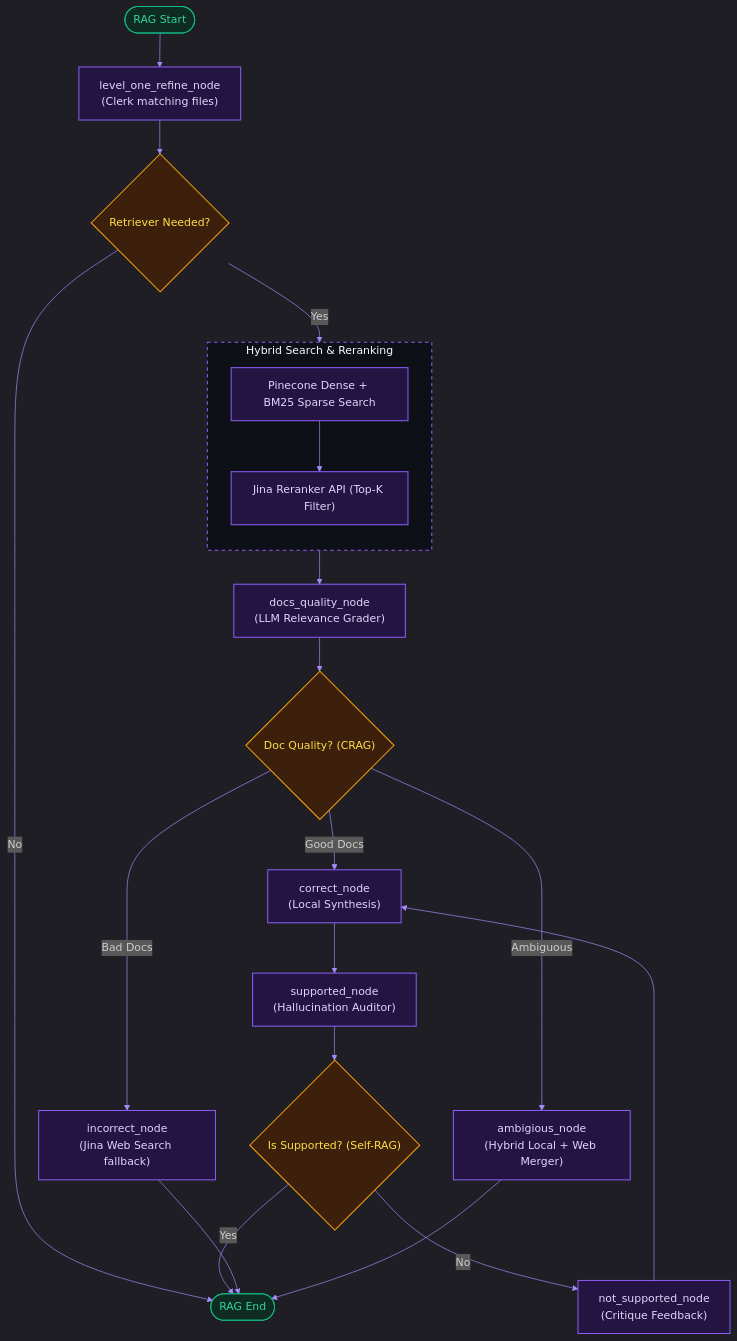
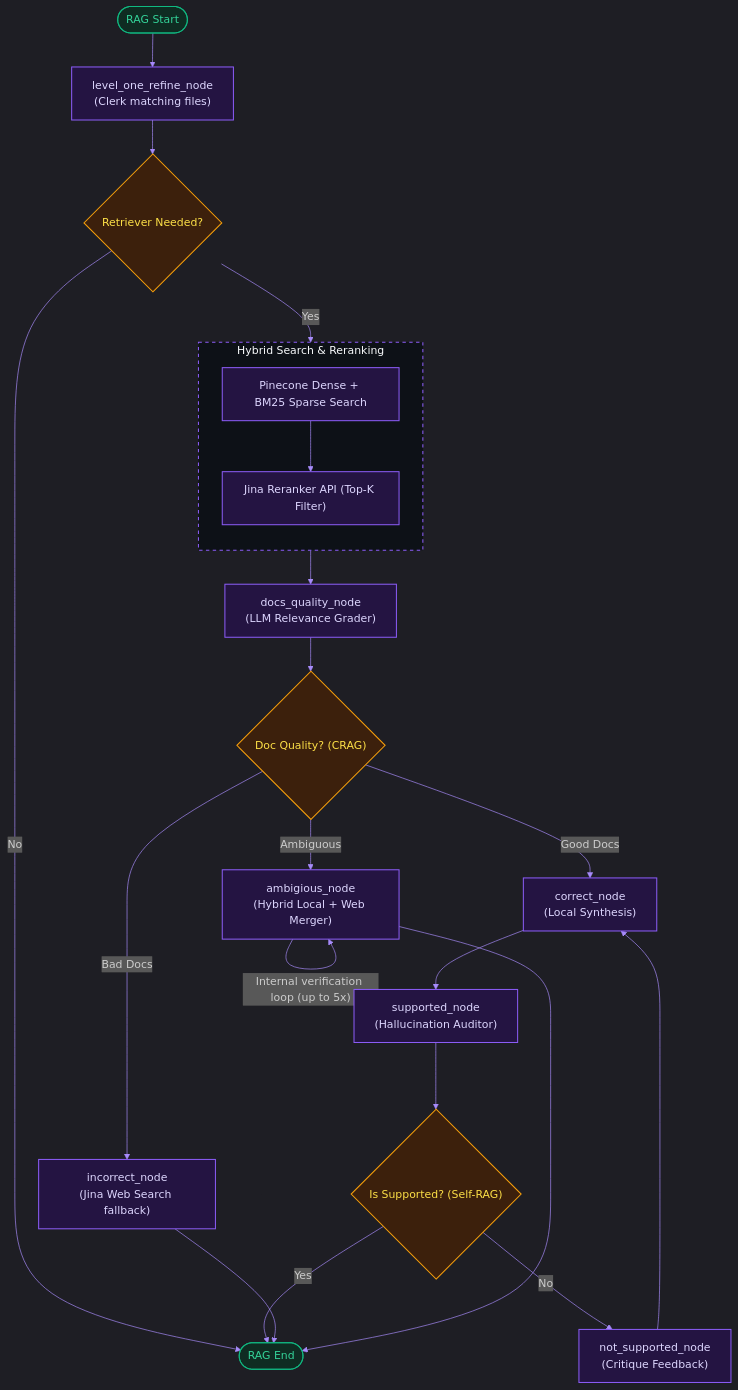
One commit to Somay-kousis/RabbitHole changed the second of 4 diagrams in README.md. Above: the diagram before and after it, drawn with Mermaid. The commit also changed other lines of this file and 1 other file, not shown here.

Commit message:
feat: implement self-correcting verification loop and claim segregation in ambiguous RAG branch

````diff
--- a/README.md
+++ b/README.md
@@ -123,72 +123,73 @@
 ```mermaid
 %%{init: {
   'theme': 'dark',
   'themeVariables': {
     'background': '#0b0f19',
     'primaryColor': '#1e293b',
     'primaryTextColor': '#f8fafc',
     'lineColor': '#a78bfa',
     'nodeBorder': '#334155',
     'tertiaryColor': '#0f172a'
   }
 }}%%
 flowchart TD
     R_Start([RAG Start])
     Clerk["level_one_refine_node<br/>(Clerk matching files)"]
     RetrieveCheck{"Retriever Needed?"}
     
     subgraph Retrieval ["Hybrid Search & Reranking"]
         direction TB
         Search["Pinecone Dense + BM25 Sparse Search"]
         Reranker["Jina Reranker API (Top-K Filter)"]
         Search --> Reranker
     end
     
     Grader["docs_quality_node<br/>(LLM Relevance Grader)"]
     QualityCheck{"Doc Quality? (CRAG)"}
     
     %% Pathways
     LocalRAG["correct_node<br/>(Local Synthesis)"]
     WebRAG["incorrect_node<br/>(Jina Web Search fallback)"]
     HybridRAG["ambigious_node<br/>(Hybrid Local + Web Merger)"]
     
     %% Self-RAG loop
     Auditor["supported_node<br/>(Hallucination Auditor)"]
     AuditCheck{"Is Supported? (Self-RAG)"}
     NotSupported["not_supported_node<br/>(Critique Feedback)"]
     
     R_End([RAG End])
     
     R_Start --> Clerk
     Clerk --> RetrieveCheck
     
     RetrieveCheck -->|No| R_End
     RetrieveCheck -->|Yes| Search
     Reranker --> Grader
     Grader --> QualityCheck
     
     QualityCheck -->|Good Docs| LocalRAG
     QualityCheck -->|Bad Docs| WebRAG
     QualityCheck -->|Ambiguous| HybridRAG
     
     LocalRAG --> Auditor
     Auditor --> AuditCheck
     
     AuditCheck -->|Yes| R_End
     AuditCheck -->|No| NotSupported
     
     NotSupported --> LocalRAG
     
     WebRAG --> R_End
     HybridRAG --> R_End
+    HybridRAG -- "Internal verification loop (up to 5x)" --> HybridRAG
 
     style Retrieval fill:#0d1117,stroke:#8b5cf6,stroke-dasharray: 5 5,stroke-width:1.5px,color:#f8fafc;
 
     classDef startEnd fill:#0f2c22,stroke:#10b981,stroke-width:1.5px,color:#34d399;
     classDef innerNode fill:#241442,stroke:#8b5cf6,stroke-width:1.5px,color:#ddd6fe;
     classDef decision fill:#3c200c,stroke:#f59e0b,stroke-width:1.5px,color:#fde047;
 
     class R_Start,R_End startEnd;
     class Clerk,Search,Reranker,Grader,LocalRAG,WebRAG,HybridRAG,Auditor,NotSupported innerNode;
     class RetrieveCheck,QualityCheck,AuditCheck decision;
 ```
````
